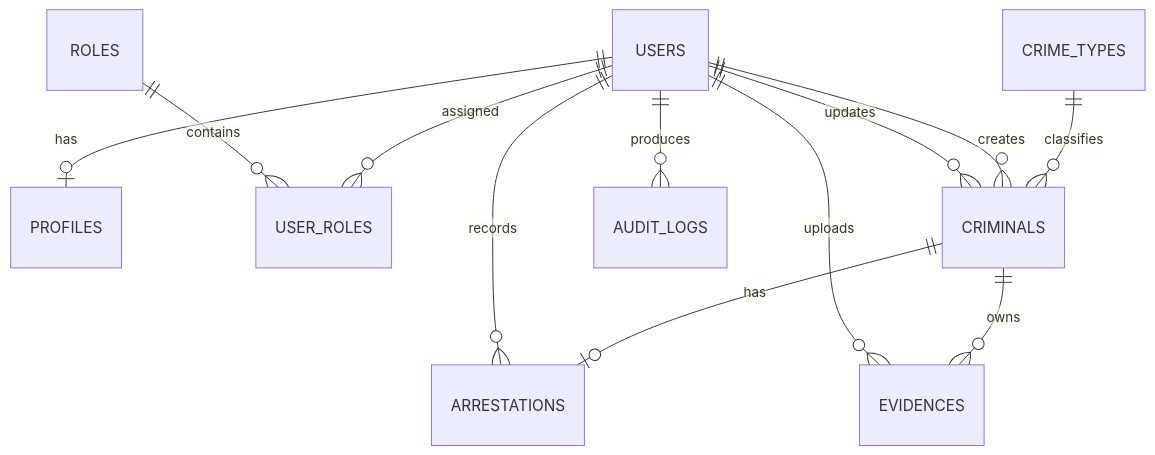
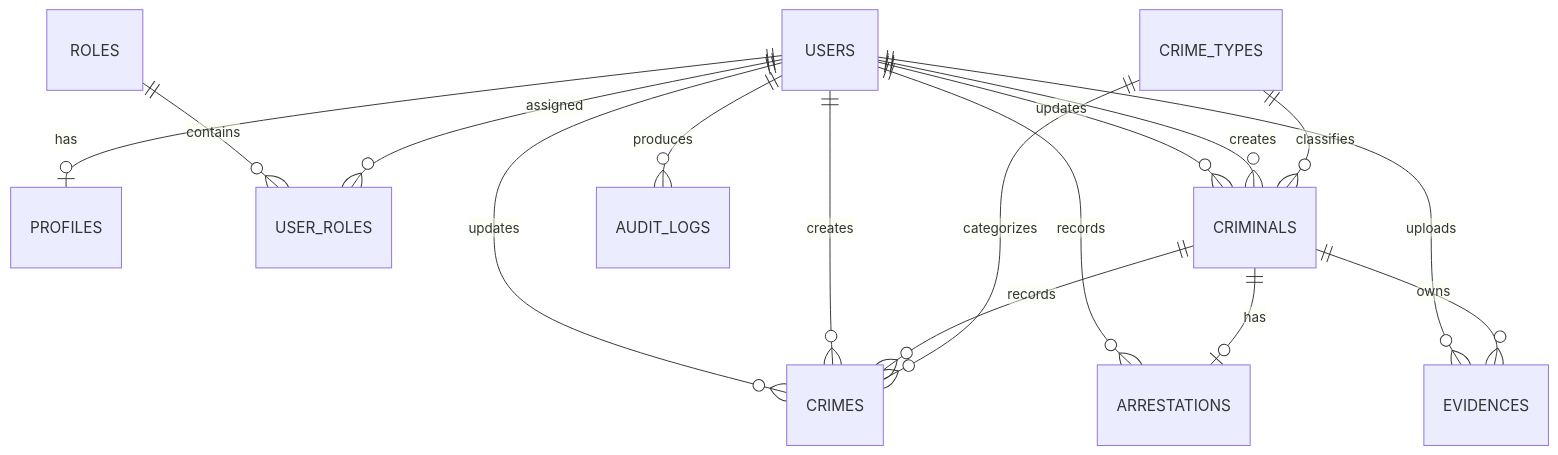
One commit to welcom-fresnel/crimi changed the first of 3 diagrams in BASE_DE_DONNEES_MCD_MLD.md. Above: the diagram before and after it, drawn with Mermaid. The commit also changed other lines of this file and 32 other files, not shown here.

````diff
--- a/BASE_DE_DONNEES_MCD_MLD.md
+++ b/BASE_DE_DONNEES_MCD_MLD.md
@@ -62,19 +69,23 @@
 ```mermaid
 erDiagram
     USERS ||--o| PROFILES : has
     USERS ||--o{ USER_ROLES : assigned
     ROLES ||--o{ USER_ROLES : contains
 
     CRIME_TYPES ||--o{ CRIMINALS : classifies
+    CRIME_TYPES ||--o{ CRIMES : categorizes
+    CRIMINALS ||--o{ CRIMES : records
+    USERS ||--o{ CRIMES : creates
+    USERS ||--o{ CRIMES : updates
 
     USERS ||--o{ CRIMINALS : creates
     USERS ||--o{ CRIMINALS : updates
 
     CRIMINALS ||--o| ARRESTATIONS : has
     USERS ||--o{ ARRESTATIONS : records
 
     CRIMINALS ||--o{ EVIDENCES : owns
     USERS ||--o{ EVIDENCES : uploads
 
     USERS ||--o{ AUDIT_LOGS : produces
 ```
````
